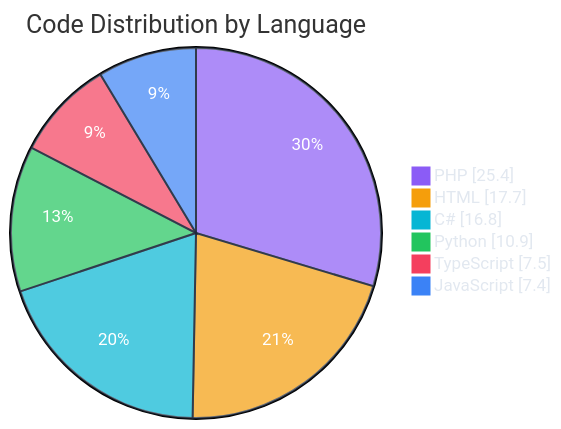
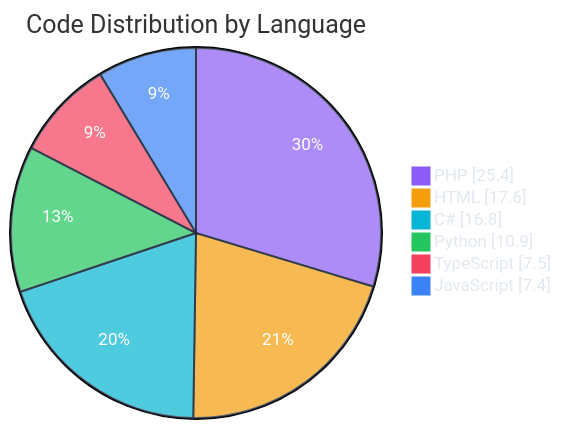
The second of 7 diagrams in README.md (polo-nyan/polo-nyan), drawn with Mermaid before and after one commit. The commit also changed other lines of this file and 1 other file, not shown here.

````diff
--- a/README.md
+++ b/README.md
@@ -229,11 +229,11 @@
 ```mermaid
 %%{init: {"theme": "base", "themeVariables": { "pie1": "#8b5cf6", "pie2": "#f59e0b", "pie3": "#06b6d4", "pie4": "#22c55e", "pie5": "#f43f5e", "pie6": "#3b82f6", "pie7": "#ec4899", "pieTextColor": "#ffffff", "pieLegendTextColor": "#e2e8f0", "pieSectionTextColor": "#ffffff", "pieStrokeColor": "#1e293b" }}}%%
 pie showData
     title Code Distribution by Language
     "PHP" : 25.4
-    "HTML" : 17.7
+    "HTML" : 17.6
     "C#" : 16.8
     "Python" : 10.9
     "TypeScript" : 7.5
     "JavaScript" : 7.4
 ```
````
